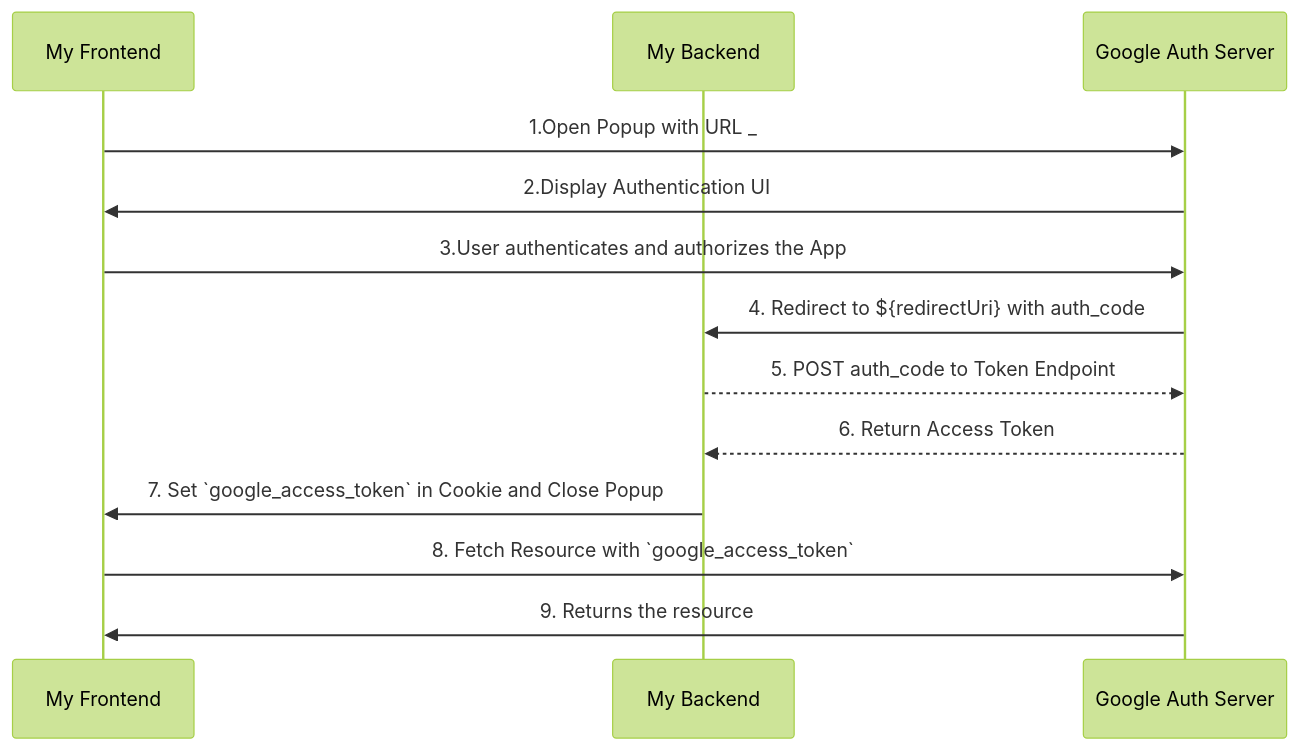
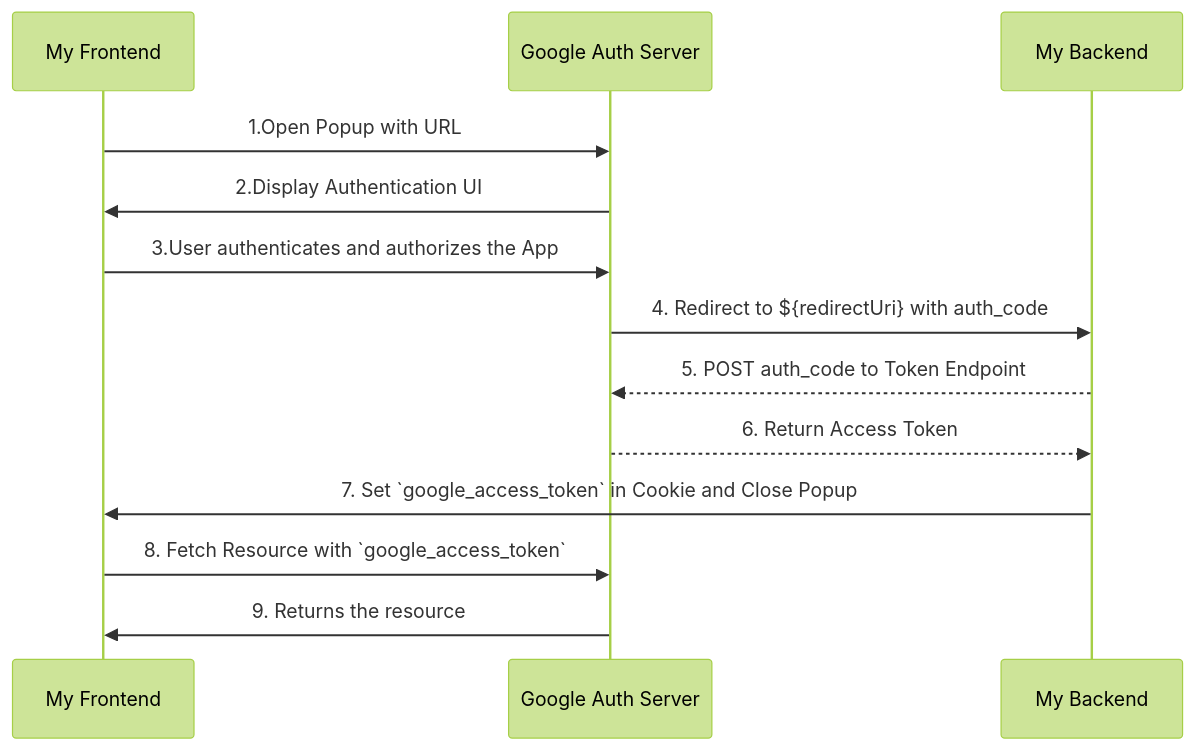
The diagram in README.md (asgarov1/oauth2-demo), drawn with Mermaid (forest theme) before and after one commit.

Commit message:
refactoring readme

````diff
--- a/README.md
+++ b/README.md
@@ -53,16 +53,16 @@
 ```mermaid
 sequenceDiagram
     participant FE as My Frontend
+    participant Google as Google Auth Server
     participant BE as My Backend
-    participant Google as Google Auth Server
 
-    FE->>Google: 1.Open Popup with URL        _
+    FE->>Google: 1.Open Popup with URL
     Google->>FE: 2.Display Authentication UI
     FE->>Google: 3.User authenticates and authorizes the App
     Google->>BE: 4. Redirect to ${redirectUri} with auth_code
     BE-->>Google: 5. POST auth_code to Token Endpoint
     Google-->>BE: 6. Return Access Token
     BE->>FE: 7. Set `google_access_token` in Cookie and Close Popup
     FE->>Google: 8. Fetch Resource with `google_access_token`
     Google->>FE: 9. Returns the resource
 ```
````
